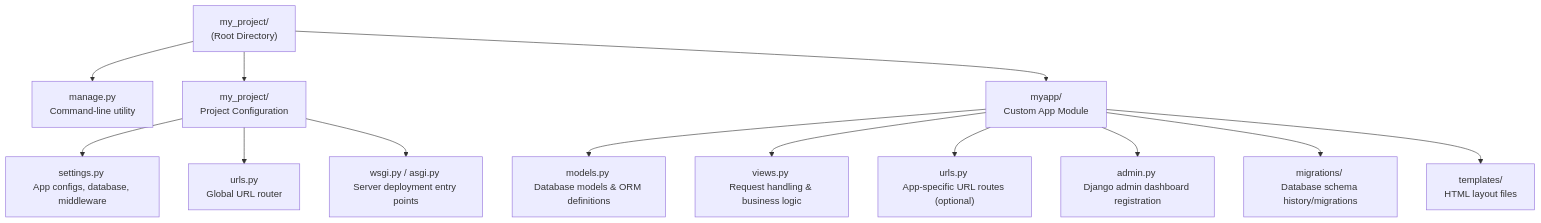
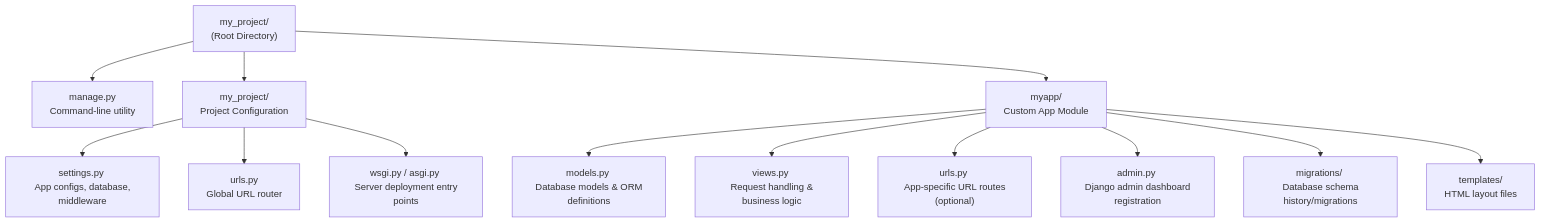
Before and after one commit to matt2ology/tech-journal-and-blog: the third of 3 diagrams in synthesis/courses/django-6-the-big-picture/00-django-6-the-big-picture-synthesis.md, drawn with Mermaid.

Commit message:
fix: improve flowchart formatting for better readability in Django project structure

````diff
--- a/synthesis/courses/django-6-the-big-picture/00-django-6-the-big-picture-synthesis.md
+++ b/synthesis/courses/django-6-the-big-picture/00-django-6-the-big-picture-synthesis.md
@@ -92,17 +92,17 @@
 ```mermaid
 flowchart TD
-    root["my_project/ \n(Root Directory)"] --> Manage["manage.py \nCommand-line utility"]
-    root --> projconfig["my_project/ \nProject Configuration"]
-    root --> appdir["myapp/ \nCustom App Module"]
+    root["my_project/ \n (Root Directory)"] --> Manage["manage.py \n Command-line utility"]
+    root --> projconfig["my_project/ \n Project Configuration"]
+    root --> appdir["myapp/ \n Custom App Module"]
 
-    projconfig --> settings["settings.py \nApp configs, database, middleware"]
-    projconfig --> projurls["urls.py \nGlobal URL router"]
-    projconfig --> wsgi["wsgi.py / asgi.py \nServer deployment entry points"]
+    projconfig --> settings["settings.py \n App configs, database, middleware"]
+    projconfig --> projurls["urls.py \n Global URL router"]
+    projconfig --> wsgi["wsgi.py / asgi.py \n Server deployment entry points"]
 
-    appdir --> models["models.py \nDatabase models & ORM definitions"]
-    appdir --> views["views.py \nRequest handling & business logic"]
-    appdir --> appurls["urls.py \nApp-specific URL routes (optional)"]
-    appdir --> admin["admin.py \nDjango admin dashboard registration"]
-    appdir --> migrations["migrations/ \nDatabase schema history/migrations"]
-    appdir --> templates["templates/ \nHTML layout files"]
+    appdir --> models["models.py \n Database models & ORM definitions"]
+    appdir --> views["views.py \n Request handling & business logic"]
+    appdir --> appurls["urls.py \n App-specific URL routes (optional)"]
+    appdir --> admin["admin.py \n Django admin dashboard registration"]
+    appdir --> migrations["migrations/ \n Database schema history/migrations"]
+    appdir --> templates["templates/ \n HTML layout files"]
 ```
````
